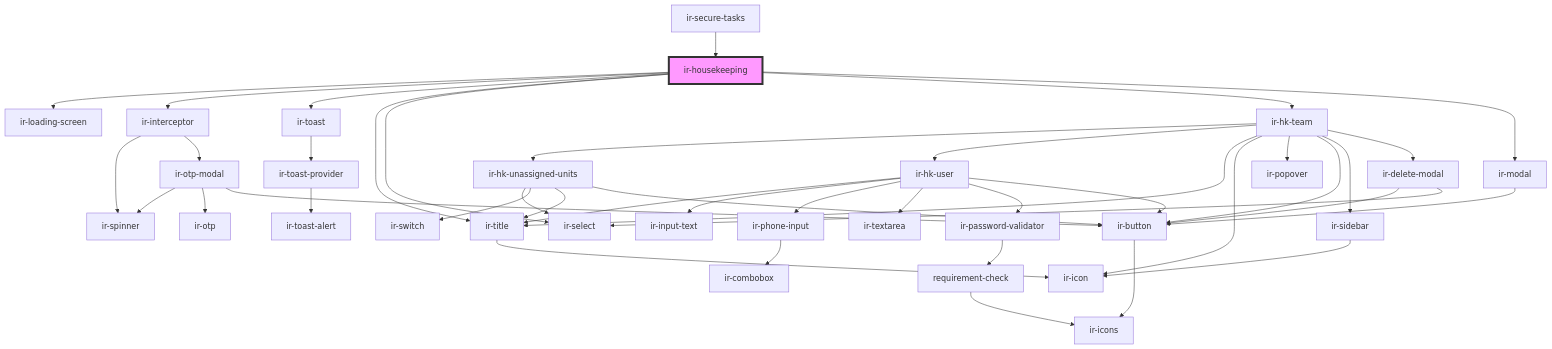
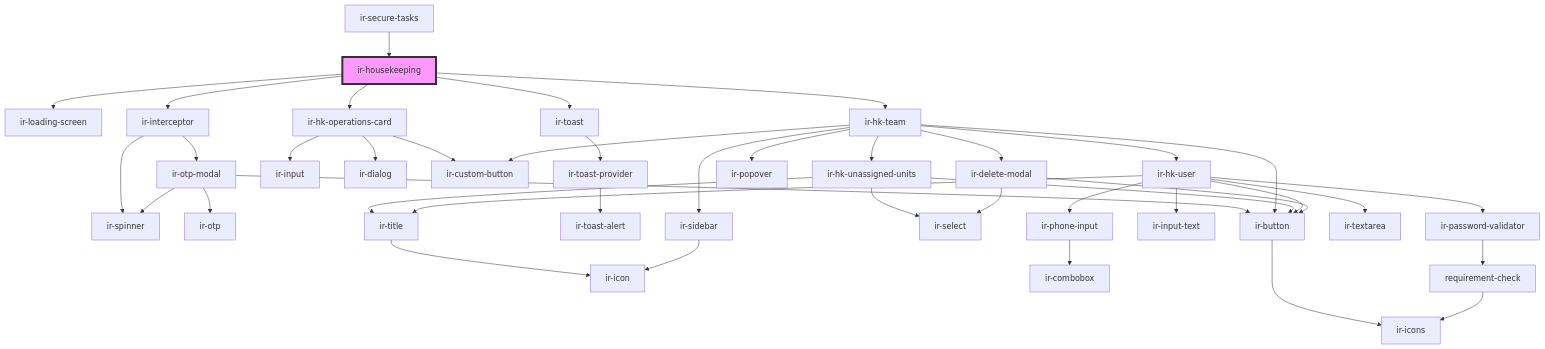
The diagram in src/components/ir-housekeeping/readme.md (RonyRizk/ir-webcmp), drawn with Mermaid before and after one commit. The commit also changed other lines of this file and 88 other files, not shown here.

````diff
--- a/src/components/ir-housekeeping/readme.md
+++ b/src/components/ir-housekeeping/readme.md
@@ -43,46 +41,44 @@
 ```mermaid
 graph TD;
   ir-housekeeping --> ir-loading-screen
   ir-housekeeping --> ir-interceptor
   ir-housekeeping --> ir-toast
-  ir-housekeeping --> ir-title
-  ir-housekeeping --> ir-select
+  ir-housekeeping --> ir-hk-operations-card
   ir-housekeeping --> ir-hk-team
-  ir-housekeeping --> ir-modal
   ir-interceptor --> ir-spinner
   ir-interceptor --> ir-otp-modal
   ir-otp-modal --> ir-spinner
   ir-otp-modal --> ir-otp
   ir-otp-modal --> ir-button
   ir-button --> ir-icons
   ir-toast --> ir-toast-provider
   ir-toast-provider --> ir-toast-alert
-  ir-title --> ir-icon
+  ir-hk-operations-card --> ir-input
+  ir-hk-operations-card --> ir-dialog
+  ir-hk-operations-card --> ir-custom-button
   ir-hk-team --> ir-hk-unassigned-units
   ir-hk-team --> ir-hk-user
-  ir-hk-team --> ir-title
-  ir-hk-team --> ir-icon
+  ir-hk-team --> ir-custom-button
   ir-hk-team --> ir-popover
   ir-hk-team --> ir-button
   ir-hk-team --> ir-sidebar
   ir-hk-team --> ir-delete-modal
   ir-hk-unassigned-units --> ir-select
-  ir-hk-unassigned-units --> ir-switch
   ir-hk-unassigned-units --> ir-title
   ir-hk-unassigned-units --> ir-button
+  ir-title --> ir-icon
   ir-hk-user --> ir-title
   ir-hk-user --> ir-input-text
   ir-hk-user --> ir-phone-input
   ir-hk-user --> ir-textarea
   ir-hk-user --> ir-password-validator
   ir-hk-user --> ir-button
   ir-phone-input --> ir-combobox
   ir-password-validator --> requirement-check
   requirement-check --> ir-icons
   ir-sidebar --> ir-icon
   ir-delete-modal --> ir-button
   ir-delete-modal --> ir-select
-  ir-modal --> ir-button
   ir-secure-tasks --> ir-housekeeping
   style ir-housekeeping fill:#f9f,stroke:#333,stroke-width:4px
 ```
````
